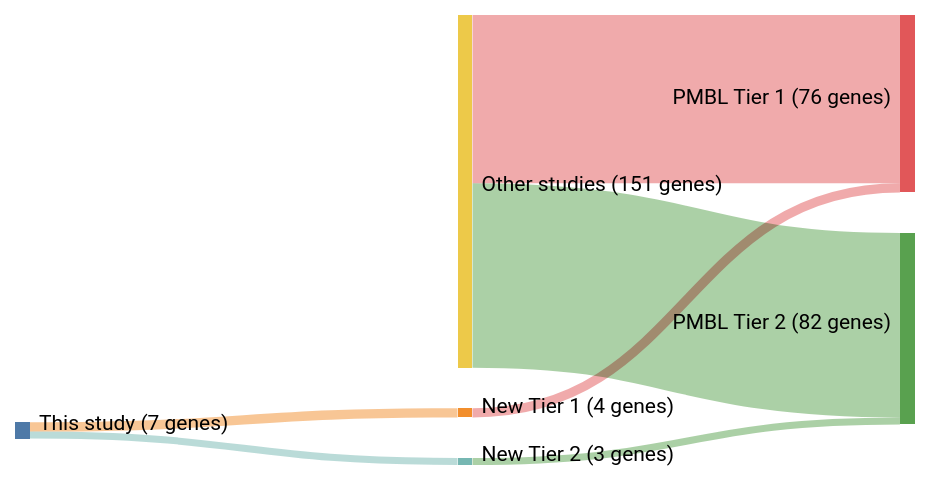
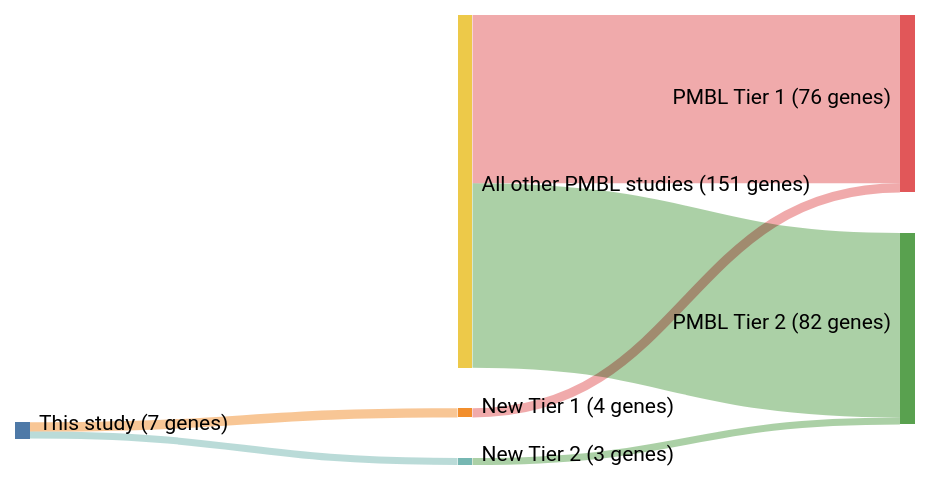
The diagram in papers/wienandGenomicAnalysesFlowsorted2019b.md (morinlab/lymphopedia), drawn with Mermaid (neutral theme) before and after one commit. The commit also changed 82 other files, not shown here.

````diff
--- a/papers/wienandGenomicAnalysesFlowsorted2019b.md
+++ b/papers/wienandGenomicAnalysesFlowsorted2019b.md
@@ -12,20 +12,20 @@
 ```mermaid
 ---
 config:
     sankey:
         showValues: true
         linkColor: target
         width: 600
         height: 300
         nodeAlignment: right
         prefix: '('
         suffix: ' genes)'
 ---
 sankey-beta
 This study, New Tier 1, 4
 New Tier 1, PMBL Tier 1, 4
 This study, New Tier 2, 3
 New Tier 2, PMBL Tier 2, 3
-Other studies, PMBL Tier 1, 72
-Other studies, PMBL Tier 2, 79
+All other PMBL studies, PMBL Tier 1, 72
+All other PMBL studies, PMBL Tier 2, 79
 ```
````
